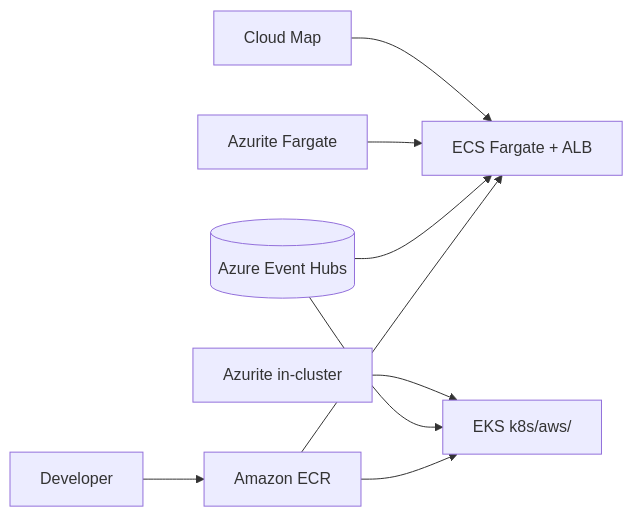
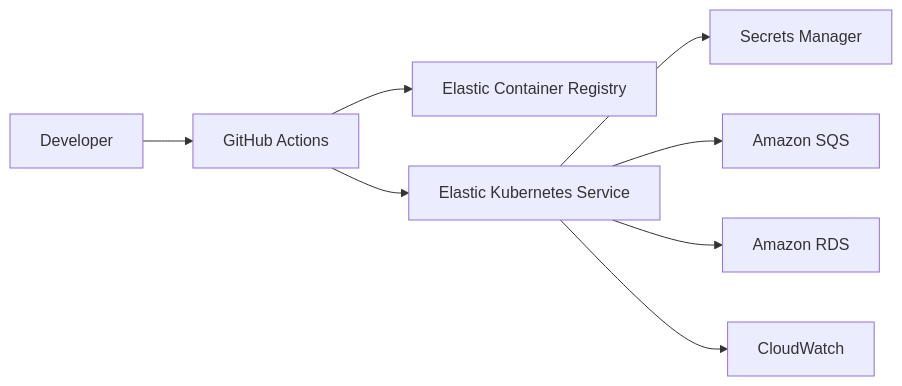
Before and after one commit to winbugsmx/ShopDemo: diagram 18 of 18 in docs/teoria-entrevistas/06-servicios-aws.md, drawn with Mermaid. The commit also changed other lines of this file and 114 other files, not shown here.

````diff
--- a/docs/teoria-entrevistas/06-servicios-aws.md
+++ b/docs/teoria-entrevistas/06-servicios-aws.md
@@ -9,10 +842,10 @@
 ```mermaid
 flowchart LR
-  DEV[Developer] --> ECR[Amazon ECR]
-  ECR --> ECS[ECS Fargate + ALB]
-  ECR --> EKS[EKS k8s/aws/]
-  EH[(Azure Event Hubs)] --> ECS & EKS
-  AZF[Azurite Fargate] --> ECS
-  AZK[Azurite in-cluster] --> EKS
-  CM[Cloud Map] --> ECS
+  DEV[Developer] --> GHA[GitHub Actions]
+  GHA --> ECR[Elastic Container Registry]
+  GHA --> EKS[Elastic Kubernetes Service]
+  EKS --> SM[Secrets Manager]
+  EKS --> SQS[Amazon SQS]
+  EKS --> RDS[Amazon RDS]
+  EKS --> CW[CloudWatch]
 ```
````
